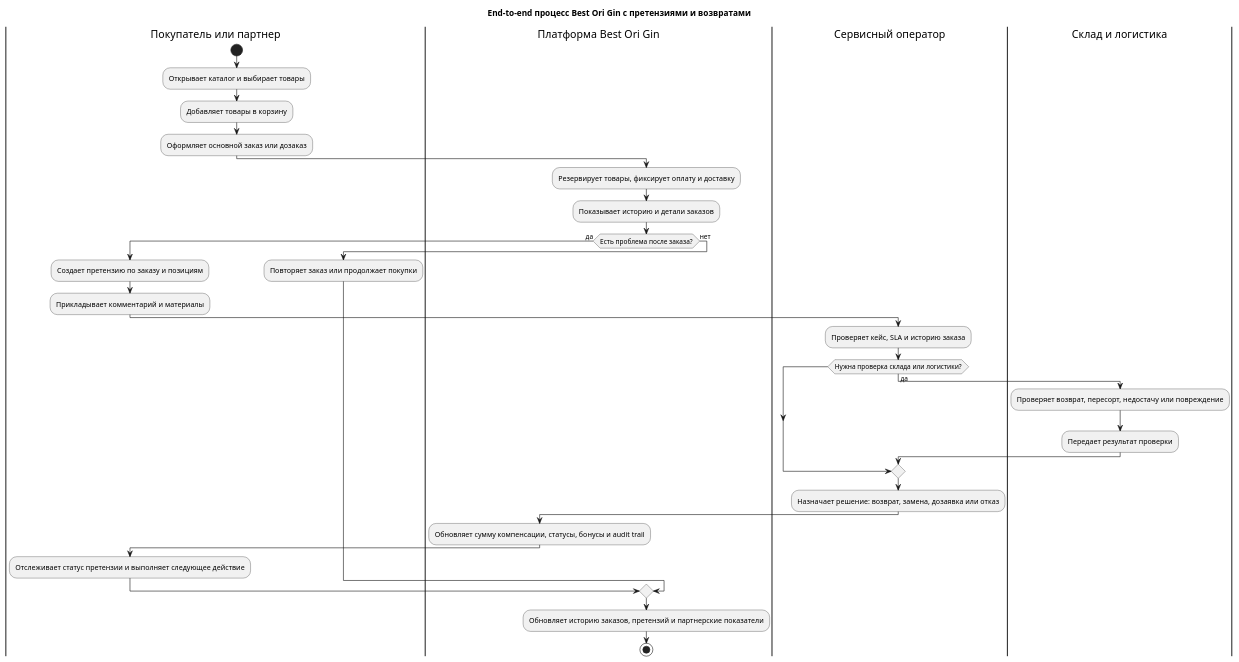
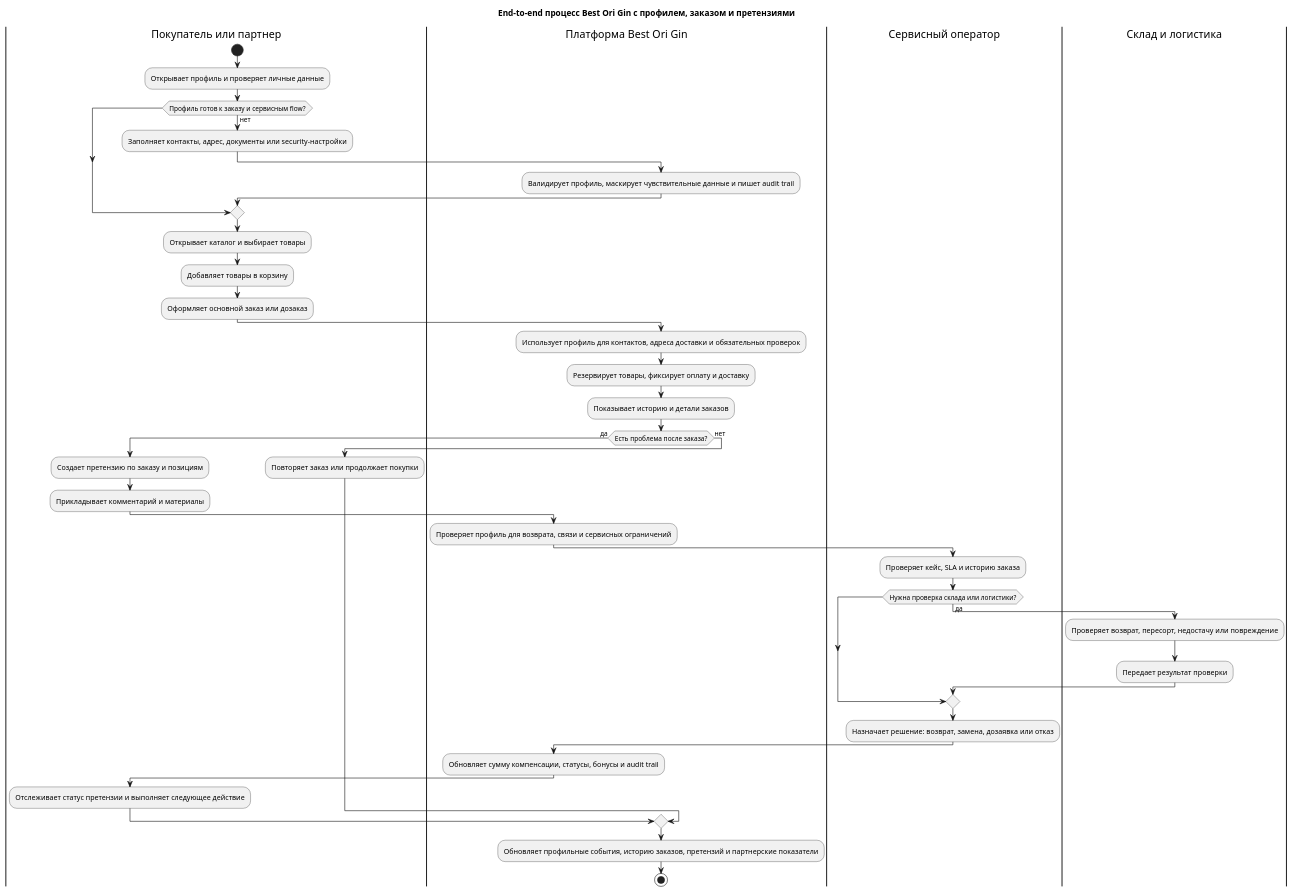
The diagram in agents/analytics/ba/end_to_end/end_to_end_process_bpmn.plantuml (alextaralexander/ai_ori_test), drawn with PlantUML before and after one commit. The commit also changed 46 other files, not shown here.

Commit message:
agents_app2: complete feature #13 профиль_и_настройки_пользователя

```diff
--- a/agents/analytics/ba/end_to_end/end_to_end_process_bpmn.plantuml
+++ b/agents/analytics/ba/end_to_end/end_to_end_process_bpmn.plantuml
@@ -1,35 +1,45 @@
 @startuml
-title End-to-end процесс Best Ori Gin с претензиями и возвратами
+title End-to-end процесс Best Ori Gin с профилем, заказом и претензиями
 |Покупатель или партнер|
 start
+:Открывает профиль и проверяет личные данные;
+if (Профиль готов к заказу и сервисным flow?) then (нет)
+  :Заполняет контакты, адрес, документы или security-настройки;
+  |Платформа Best Ori Gin|
+  :Валидирует профиль, маскирует чувствительные данные и пишет audit trail;
+  |Покупатель или партнер|
+endif
 :Открывает каталог и выбирает товары;
 :Добавляет товары в корзину;
 :Оформляет основной заказ или дозаказ;
 |Платформа Best Ori Gin|
+:Использует профиль для контактов, адреса доставки и обязательных проверок;
 :Резервирует товары, фиксирует оплату и доставку;
 :Показывает историю и детали заказов;
 if (Есть проблема после заказа?) then (да)
   |Покупатель или партнер|
   :Создает претензию по заказу и позициям;
   :Прикладывает комментарий и материалы;
+  |Платформа Best Ori Gin|
+  :Проверяет профиль для возврата, связи и сервисных ограничений;
   |Сервисный оператор|
   :Проверяет кейс, SLA и историю заказа;
   if (Нужна проверка склада или логистики?) then (да)
     |Склад и логистика|
     :Проверяет возврат, пересорт, недостачу или повреждение;
     :Передает результат проверки;
   endif
   |Сервисный оператор|
   :Назначает решение: возврат, замена, дозаявка или отказ;
   |Платформа Best Ori Gin|
   :Обновляет сумму компенсации, статусы, бонусы и audit trail;
   |Покупатель или партнер|
   :Отслеживает статус претензии и выполняет следующее действие;
 else (нет)
   |Покупатель или партнер|
   :Повторяет заказ или продолжает покупки;
 endif
 |Платформа Best Ori Gin|
-:Обновляет историю заказов, претензий и партнерские показатели;
+:Обновляет профильные события, историю заказов, претензий и партнерские показатели;
 stop
 @enduml
```
